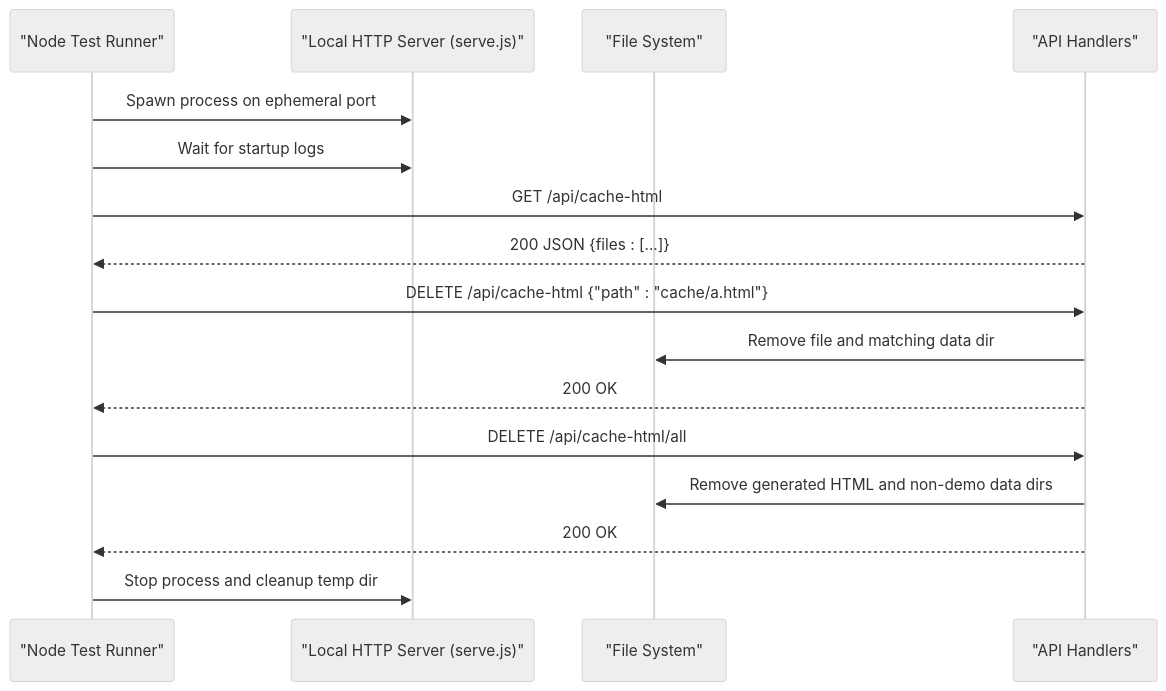
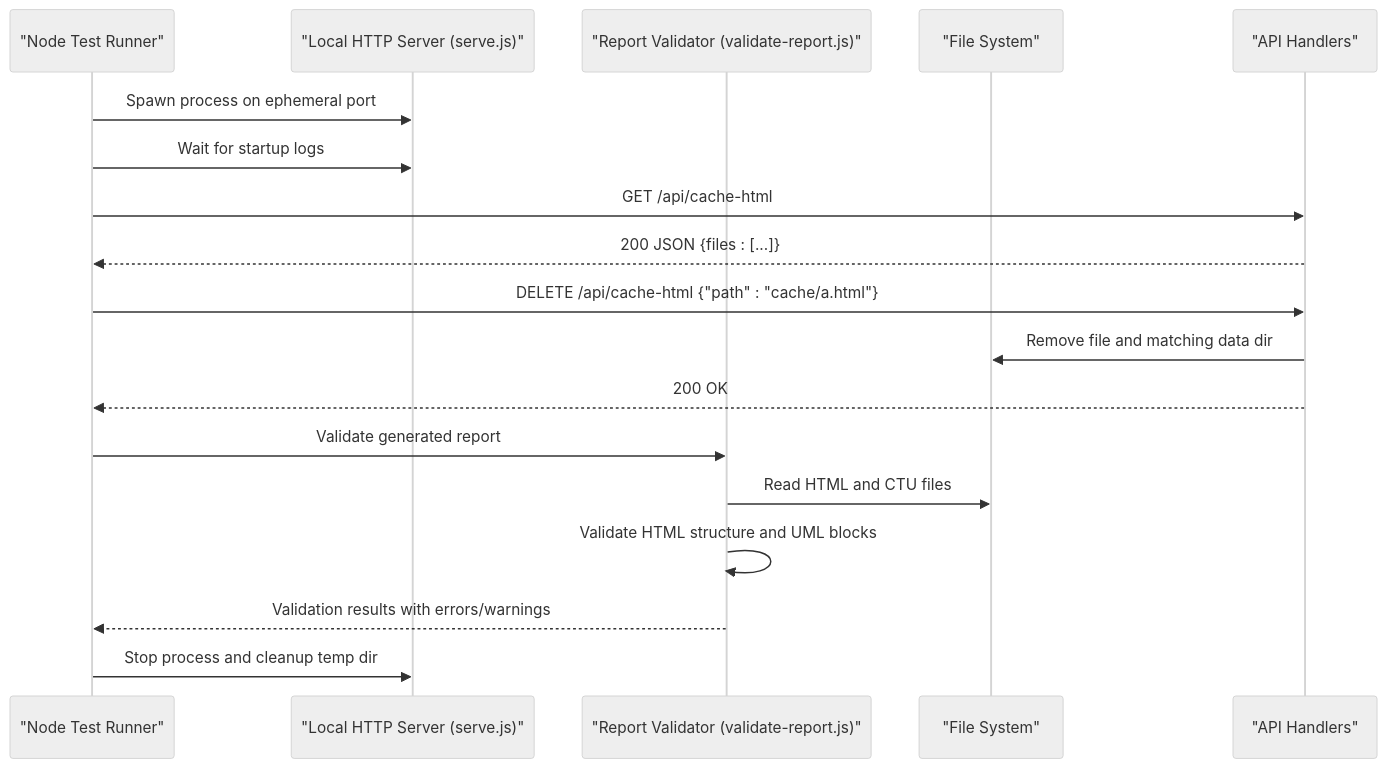
The second of 10 diagrams in .qoder/repowiki/en/content/Testing and Quality Assurance.md (pingwurth/code-to-uml), drawn with Mermaid (neutral theme) before and after one commit. The commit also changed other lines of this file and 55 other files, not shown here.

````diff
--- a/.qoder/repowiki/en/content/Testing and Quality Assurance.md
+++ b/.qoder/repowiki/en/content/Testing and Quality Assurance.md
@@ -135,18 +163,20 @@
 ```mermaid
 sequenceDiagram
 participant Test as "Node Test Runner"
 participant Server as "Local HTTP Server (serve.js)"
+participant Validator as "Report Validator (validate-report.js)"
 participant FS as "File System"
 participant API as "API Handlers"
 Test->>Server : Spawn process on ephemeral port
 Test->>Server : Wait for startup logs
 Test->>API : GET /api/cache-html
 API-->>Test : 200 JSON {files : [...]}
 Test->>API : DELETE /api/cache-html {"path" : "cache/a.html"}
 API->>FS : Remove file and matching data dir
 API-->>Test : 200 OK
-Test->>API : DELETE /api/cache-html/all
-API->>FS : Remove generated HTML and non-demo data dirs
-API-->>Test : 200 OK
+Test->>Validator : Validate generated report
+Validator->>FS : Read HTML and CTU files
+Validator->>Validator : Validate HTML structure and UML blocks
+Validator-->>Test : Validation results with errors/warnings
 Test->>Server : Stop process and cleanup temp dir
 ```
````
